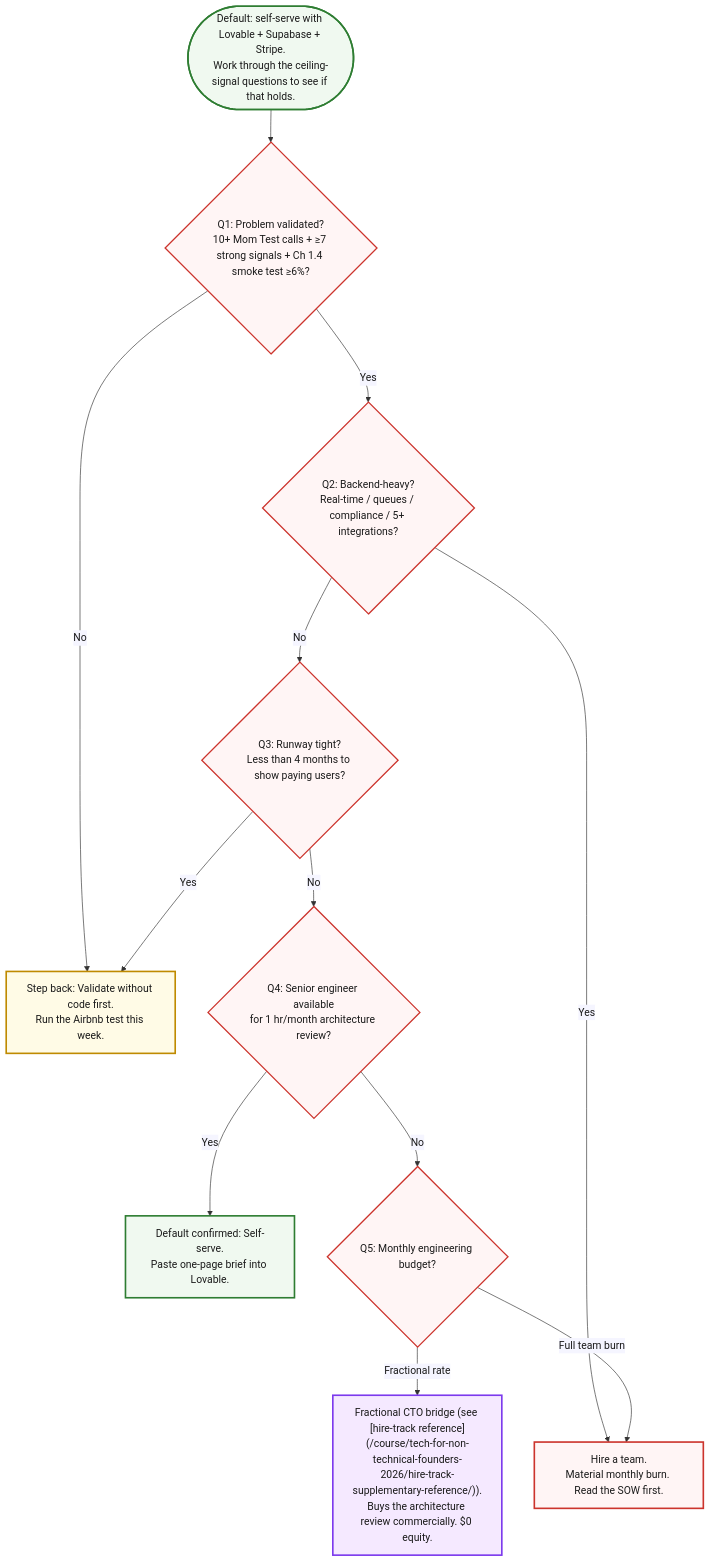
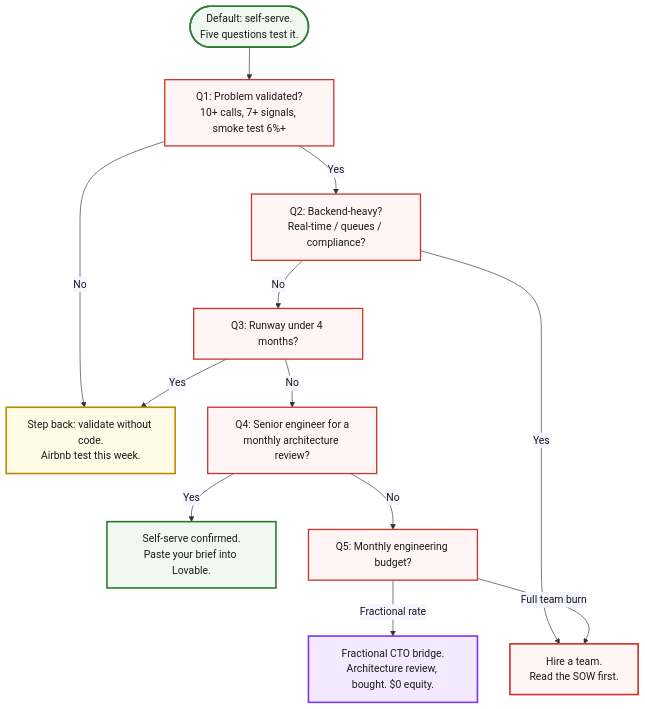
One commit to jetthoughts/jetthoughts.github.io changed the diagram in content/course/tech-for-non-technical-founders-2026/should-you-hire-2026-decision-tree/index.md. Above: the diagram before and after it, drawn with Mermaid. The commit also changed 4 other files, not shown here.

First line of the commit message:
fix(course): scroll-gate round on M4/M5 - mermaid walls compressed, old-spine ghosts removed

````diff
--- a/content/course/tech-for-non-technical-founders-2026/should-you-hire-2026-decision-tree/index.md
+++ b/content/course/tech-for-non-technical-founders-2026/should-you-hire-2026-decision-tree/index.md
@@ -116,30 +116,30 @@
 ```mermaid
 %%{init: {'theme':'base', 'themeVariables': {'fontFamily':'Caveat, Patrick Hand, cursive', 'primaryColor':'#fff5f5', 'primaryBorderColor':'#cc342d', 'lineColor':'#333', 'primaryTextColor':'#1a1a1a'}}}%%
 flowchart TD
-    Start(["Default: self-serve with Lovable + Supabase + Stripe.<br/>Work through the ceiling-signal questions to see if that holds."])
-    Start --> Q1{"Q1: Problem validated?<br/>10+ Mom Test calls + ≥7 strong signals + Ch 1.4 smoke test ≥6%?"}
-    Q1 -->|No| Validate["Step back: Validate without code first.<br/>Run the Airbnb test this week."]
-    Q1 -->|Yes| Q2{"Q2: Backend-heavy?<br/>Real-time / queues / compliance / 5+ integrations?"}
-    Q2 -->|No| Q3{"Q3: Runway tight?<br/>Less than 4 months to show paying users?"}
-    Q2 -->|Yes| Hire["Hire a team.<br/>Material monthly burn. Read the SOW first."]
-    Q3 -->|No| Q4{"Q4: Senior engineer available<br/>for 1 hr/month architecture review?"}
+    Start(["Default: self-serve.<br/>Five questions test it."])
+    Start --> Q1["Q1: Problem validated?<br/>10+ calls, 7+ signals, smoke test 6%+"]
+    Q1 -->|No| Validate["Step back: validate without code.<br/>Airbnb test this week."]
+    Q1 -->|Yes| Q2["Q2: Backend-heavy?<br/>Real-time / queues / compliance?"]
+    Q2 -->|No| Q3["Q3: Runway under 4 months?"]
+    Q2 -->|Yes| Hire["Hire a team.<br/>Read the SOW first."]
+    Q3 -->|No| Q4["Q4: Senior engineer for a<br/>monthly architecture review?"]
     Q3 -->|Yes| Validate
-    Q4 -->|Yes| SelfServe["Default confirmed: Self-serve.<br/>Paste one-page brief into Lovable."]
-    Q4 -->|No| Q5{"Q5: Monthly engineering budget?"}
-    Q5 -->|"Fractional rate"| Fractional["Fractional CTO bridge (see [hire-track reference](/course/tech-for-non-technical-founders-2026/hire-track-supplementary-reference/)).<br/>Buys the architecture review commercially. $0 equity."]
-    Q5 -->|"Full team burn"| Hire
+    Q4 -->|Yes| SelfServe["Self-serve confirmed.<br/>Paste your brief into Lovable."]
+    Q4 -->|No| Q5["Q5: Monthly engineering budget?"]
+    Q5 -->|Fractional rate| Fractional["Fractional CTO bridge.<br/>Architecture review, bought. $0 equity."]
+    Q5 -->|Full team burn| Hire
 
     classDef start fill:#f0f9f0,stroke:#2e7d32,stroke-width:2.5px,color:#1a1a1a
     classDef question fill:#fff5f5,stroke:#cc342d,stroke-width:2px,color:#1a1a1a
     classDef validate fill:#fffbe6,stroke:#bf8a00,stroke-width:2.5px,color:#1a1a1a
     classDef serve fill:#f0f9f0,stroke:#2e7d32,stroke-width:2.5px,color:#1a1a1a
     classDef frac fill:#f5e9ff,stroke:#7c3aed,stroke-width:2.5px,color:#1a1a1a
     classDef hire fill:#fff5f5,stroke:#cc342d,stroke-width:2.5px,color:#1a1a1a
 
     class Start start
     class Q1,Q2,Q3,Q4,Q5 question
     class Validate validate
     class SelfServe serve
     class Fractional frac
     class Hire hire
 ```
````
